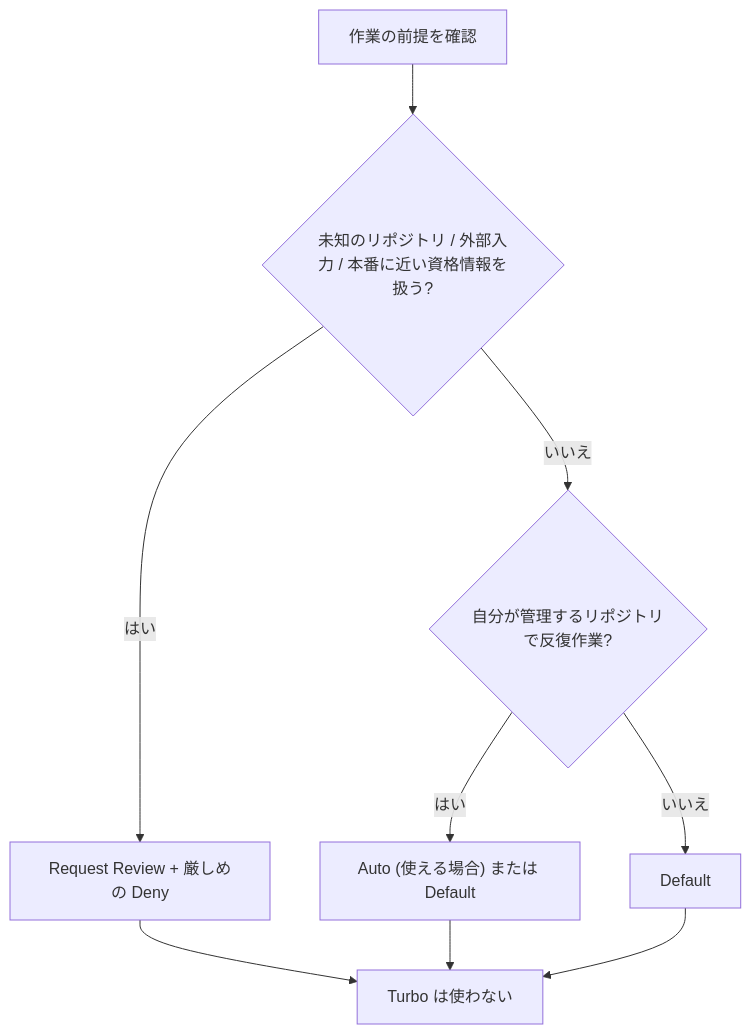
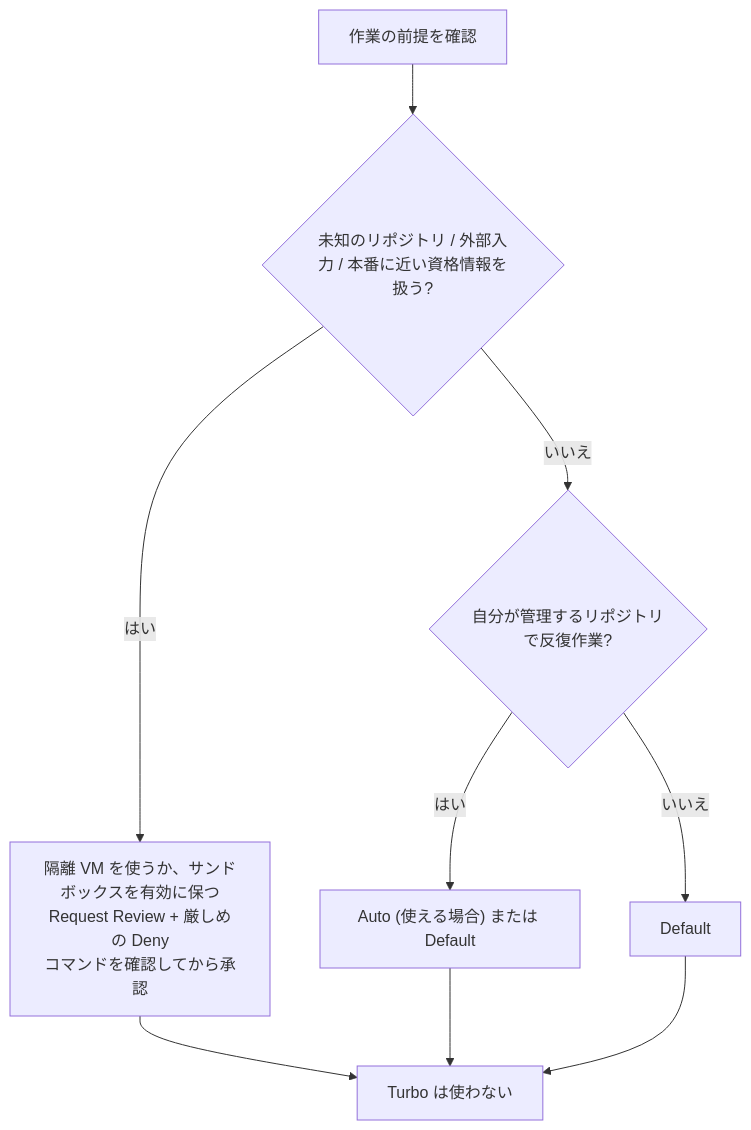
Before and after one commit to myoshi2891/Comparison-of-LLMs: the fourth of 11 diagrams in Google-antigravity-best-practices-guide.md, drawn with Mermaid. The commit also changed other lines of this file, not shown here.

Commit message:
docs(google): note isolated VM for unknown repos and Windows HOME path escaping in Antigravity guide

````diff
--- a/Google-antigravity-best-practices-guide.md
+++ b/Google-antigravity-best-practices-guide.md
@@ -281,11 +281,11 @@
 ```mermaid
 flowchart TB
   A["作業の前提を確認"] --> B{"未知のリポジトリ / 外部入力 / 本番に近い資格情報を扱う?"}
-  B -- "はい" --> C["Request Review + 厳しめの Deny"]
+  B -- "はい" --> C["隔離 VM を使うか、サンドボックスを有効に保つ<br/>Request Review + 厳しめの Deny<br/>コマンドを確認してから承認"]
   B -- "いいえ" --> D{"自分が管理するリポジトリで反復作業?"}
   D -- "はい" --> E["Auto (使える場合) または Default"]
   D -- "いいえ" --> F["Default"]
   C --> G["Turbo は使わない"]
   E --> G
   F --> G
 ```
````
